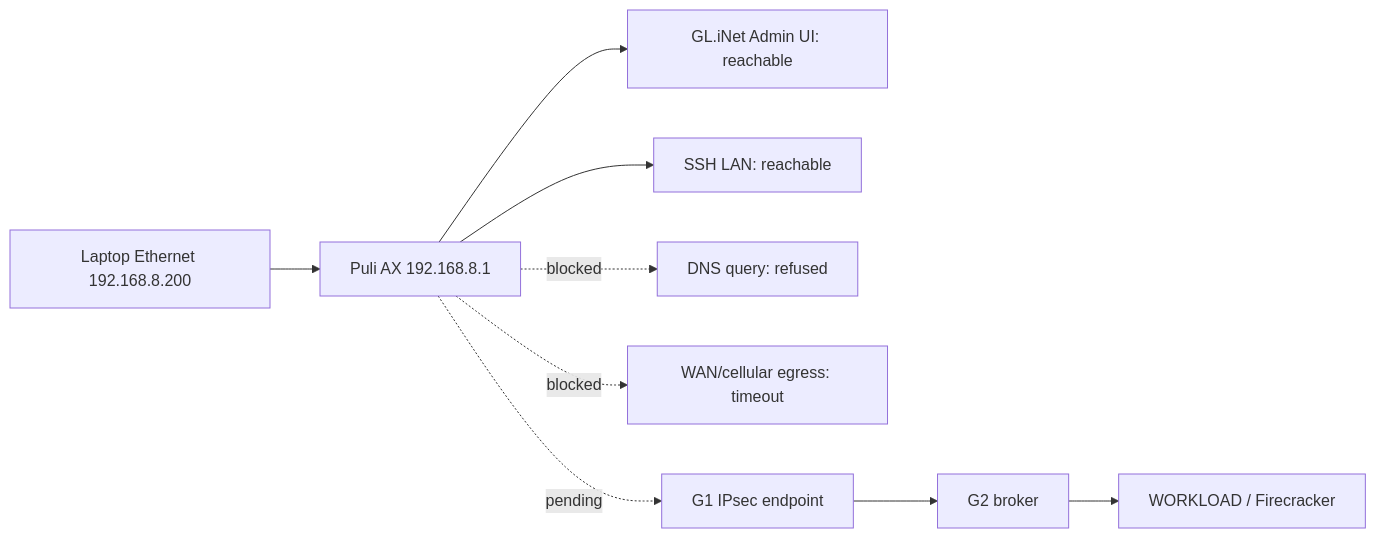
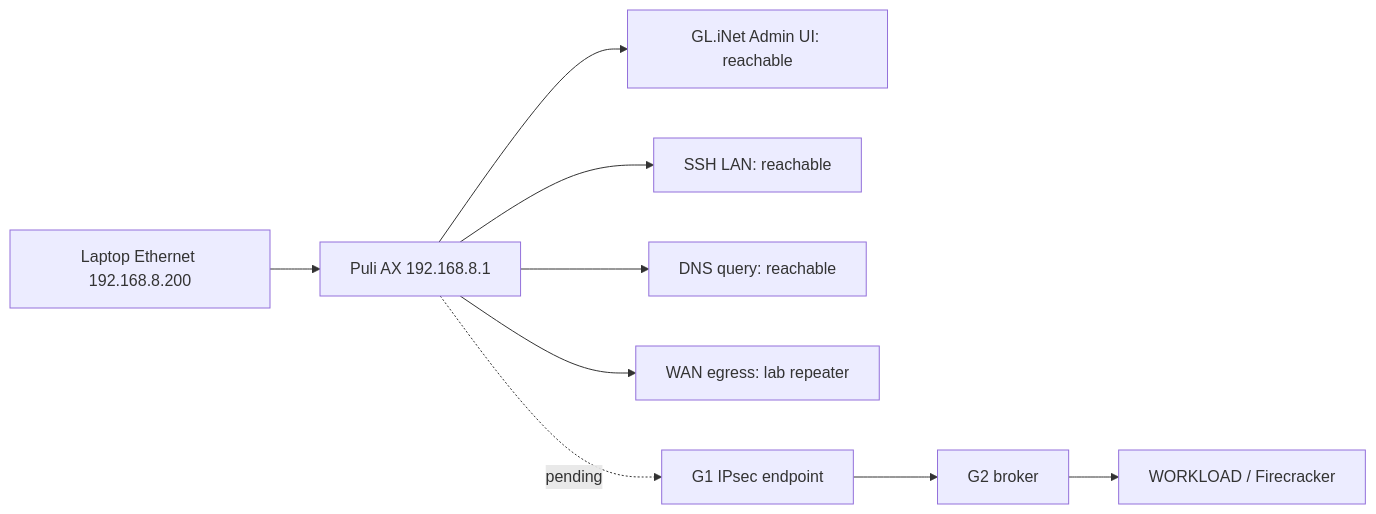
The diagram in docs/admin-panel-v2/139-step3-103-puli-ax-physical-smoke.md (officemexel-hash/sylion_secure), drawn with Mermaid before and after one commit. The commit also changed other lines of this file, not shown here.

Commit message:
Record Puli AX repeater smoke pass

````diff
--- a/docs/admin-panel-v2/139-step3-103-puli-ax-physical-smoke.md
+++ b/docs/admin-panel-v2/139-step3-103-puli-ax-physical-smoke.md
@@ -32,11 +32,11 @@
 ```mermaid
 flowchart LR
     Laptop["Laptop Ethernet 192.168.8.200"] --> Router["Puli AX 192.168.8.1"]
     Router --> UI["GL.iNet Admin UI: reachable"]
     Router --> SSH["SSH LAN: reachable"]
-    Router -. blocked .-> DNS["DNS query: refused"]
-    Router -. blocked .-> WAN["WAN/cellular egress: timeout"]
+    Router --> DNS["DNS query: reachable"]
+    Router --> WAN["WAN egress: lab repeater"]
     Router -. pending .-> G1["G1 IPsec endpoint"]
     G1 --> G2["G2 broker"]
     G2 --> Workload["WORKLOAD / Firecracker"]
 ```
````
